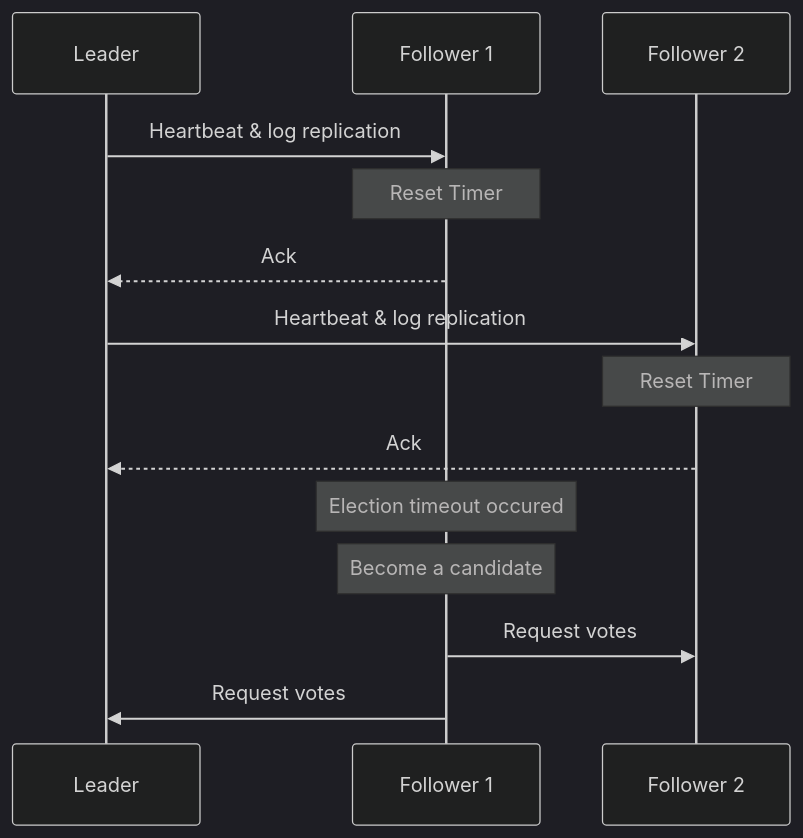
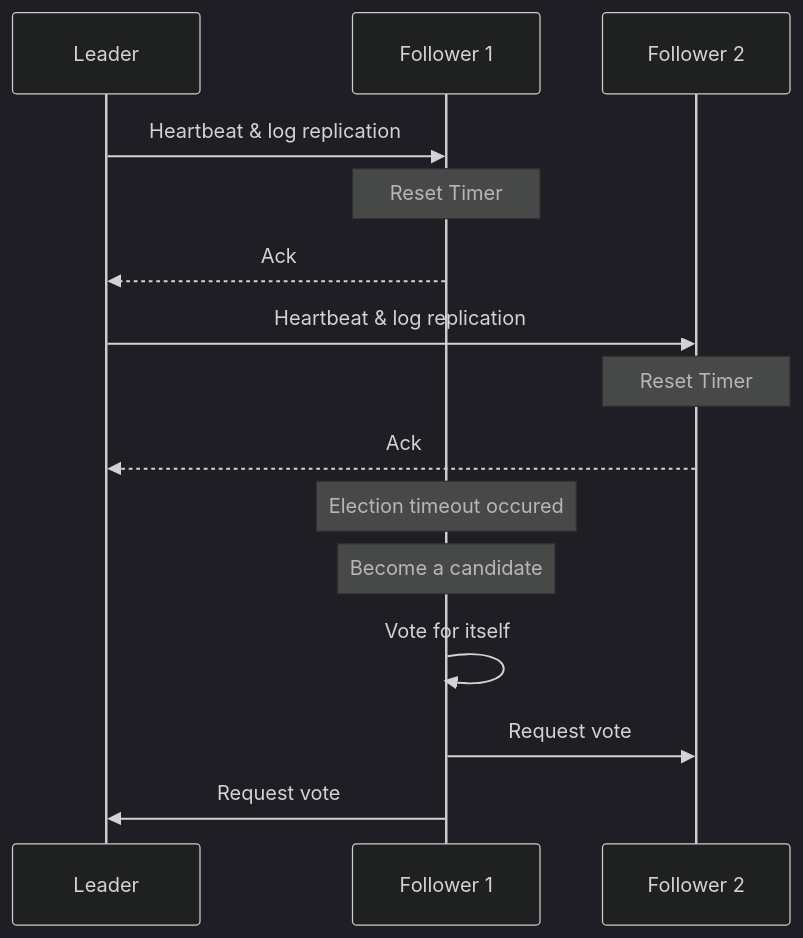
One commit to kgantsov/dlock changed the second of 2 diagrams in README.md. Above: the diagram before and after it, drawn with Mermaid (dark theme). The commit also changed other lines of this file, not shown here.

Commit message:
Add one more fix to diagrams in README.md

````diff
--- a/README.md
+++ b/README.md
@@ -91,13 +92,14 @@
 ```mermaid
 sequenceDiagram
     Leader->>Follower 1: Heartbeat & log replication
     Note over Follower 1: Reset Timer
     Follower 1-->>Leader: Ack
     Leader->>Follower 2: Heartbeat & log replication
     Note over Follower 2: Reset Timer
     Follower 2-->>Leader: Ack
     Note over Follower 1: Election timeout occured
     Note over Follower 1: Become a candidate
-    Follower 1->>Follower 2: Request votes
-    Follower 1->>Leader: Request votes
+    Follower 1->>Follower 1: Vote for itself
+    Follower 1->>Follower 2: Request vote
+    Follower 1->>Leader: Request vote
 ```
````
